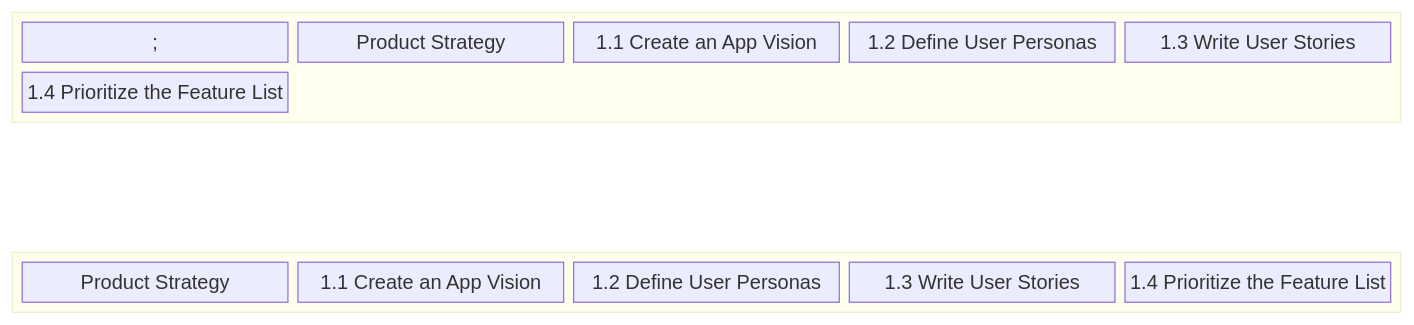
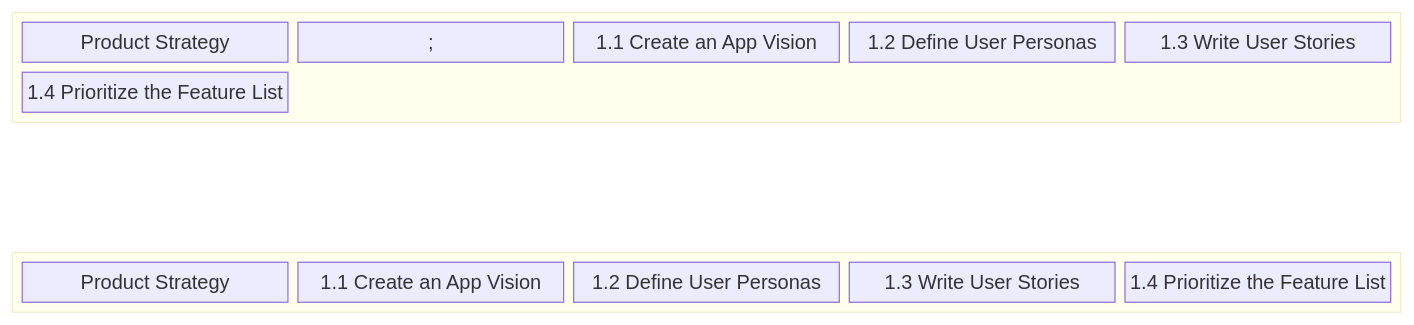
One commit to chingu-voyages/Handbook changed the diagram in docs/resources/techresources/uiux.md. Above: the diagram before and after it, drawn with Mermaid.

Commit message:
Feature: Add UI/UX Workflow diagram

````diff
--- a/docs/resources/techresources/uiux.md
+++ b/docs/resources/techresources/uiux.md
@@ -15,22 +15,22 @@
 ```mermaid
 block-beta
 columns 1
     block:STRATEGY
-      columns 5;
+      columns 5
       A["Product Strategy"];
       B["1.1 Create an App Vision"];
       C["1.2 Define User Personas"];
       D["1.3 Write User Stories"];
       E["1.4 Prioritize the Feature List"];
     end
     space
     block:STRUCTURE
-      columns 5;
+      columns 5
       G["Product Strategy"];
       H["1.1 Create an App Vision"];
       I["1.2 Define User Personas"];
       J["1.3 Write User Stories"];
       K["1.4 Prioritize the Feature List"];
     end
   space
 ```
````
